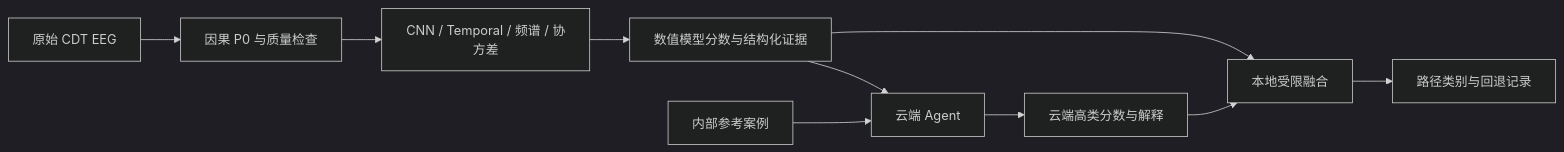
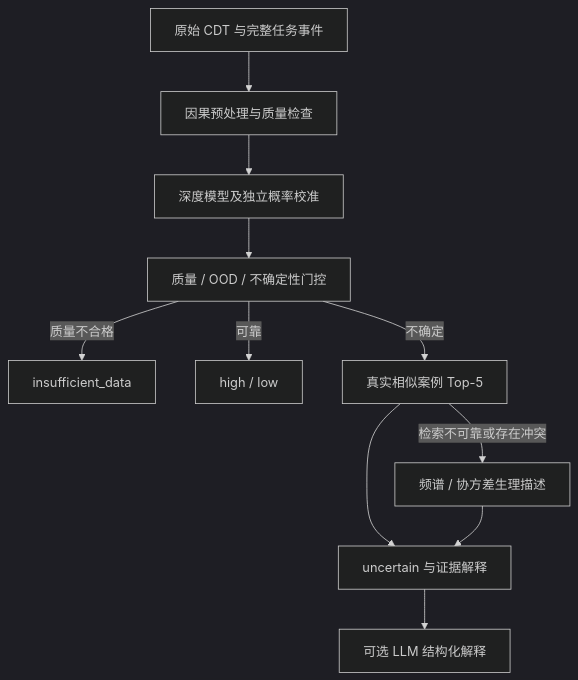
The diagram in README.md (xu7700762-cell/eegagent), drawn with Mermaid (dark theme) before and after one commit. The commit also changed other lines of this file and 42 other files, not shown here.

````diff
--- a/README.md
+++ b/README.md
@@ -9,12 +7,13 @@
 ```mermaid
-flowchart LR
-    A[原始 CDT EEG] --> B[因果 P0 与质量检查]
-    B --> C[CNN / Temporal / 频谱 / 协方差]
-    C --> D[数值模型分数与结构化证据]
-    D --> E[云端 Agent]
-    F[内部参考案例] --> E
-    E --> G[云端高类分数与解释]
-    D --> H[本地受限融合]
-    G --> H
-    H --> I[路径类别与回退记录]
+flowchart TD
+    A[原始 CDT 与完整任务事件] --> B[因果预处理与质量检查]
+    B --> C[深度模型及独立概率校准]
+    C --> D[质量 / OOD / 不确定性门控]
+    D -->|质量不合格| E[insufficient_data]
+    D -->|可靠| F[high / low]
+    D -->|不确定| G[真实相似案例 Top-5]
+    G -->|检索不可靠或存在冲突| H[频谱 / 协方差生理描述]
+    G --> I[uncertain 与证据解释]
+    H --> I
+    I --> J[可选 LLM 结构化解释]
 ```
````
